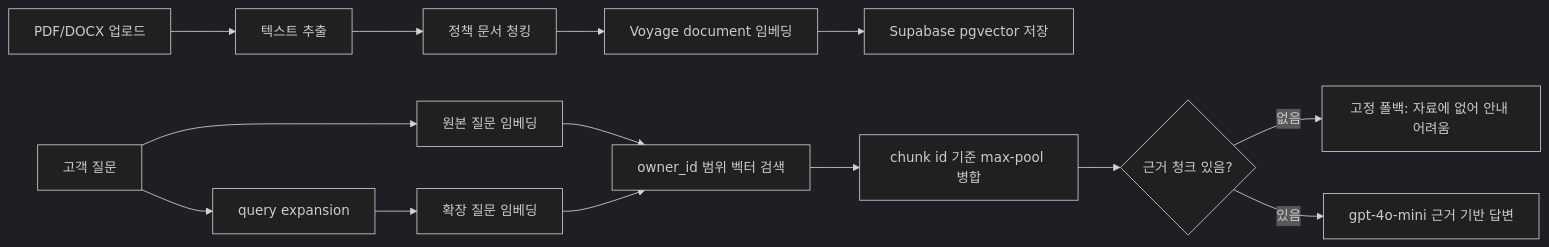
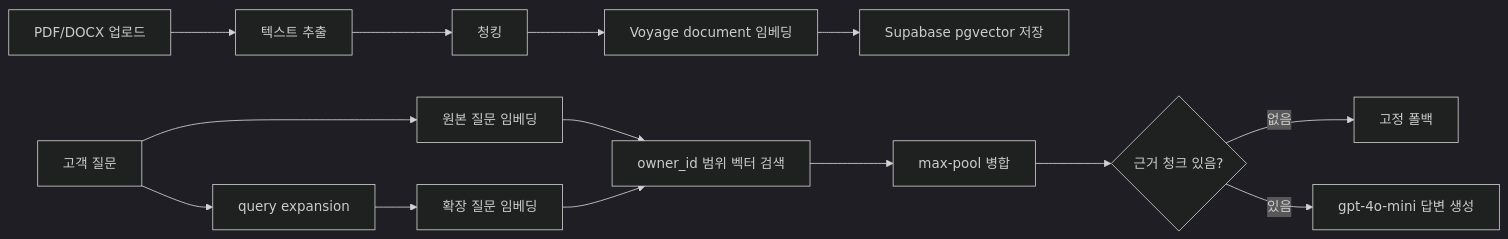
Before and after one commit to dan6396/ai-customer-support-rag: the diagram in README.md, drawn with Mermaid (dark theme). The commit also changed other lines of this file, not shown here.

````diff
--- a/README.md
+++ b/README.md
@@ -41,16 +28,17 @@
 ```mermaid
 flowchart LR
   A["PDF/DOCX 업로드"] --> B["텍스트 추출"]
-  B --> C["정책 문서 청킹"]
+  B --> C["청킹"]
   C --> D["Voyage document 임베딩"]
   D --> E["Supabase pgvector 저장"]
+
   Q["고객 질문"] --> X["query expansion"]
   Q --> EQ["원본 질문 임베딩"]
   X --> EX["확장 질문 임베딩"]
   EQ --> S["owner_id 범위 벡터 검색"]
   EX --> S
-  S --> M["chunk id 기준 max-pool 병합"]
+  S --> M["max-pool 병합"]
   M --> G{"근거 청크 있음?"}
-  G -- "없음" --> F["고정 폴백: 자료에 없어 안내 어려움"]
-  G -- "있음" --> L["gpt-4o-mini 근거 기반 답변"]
+  G -- "없음" --> F["고정 폴백"]
+  G -- "있음" --> L["gpt-4o-mini 답변 생성"]
 ```
````
